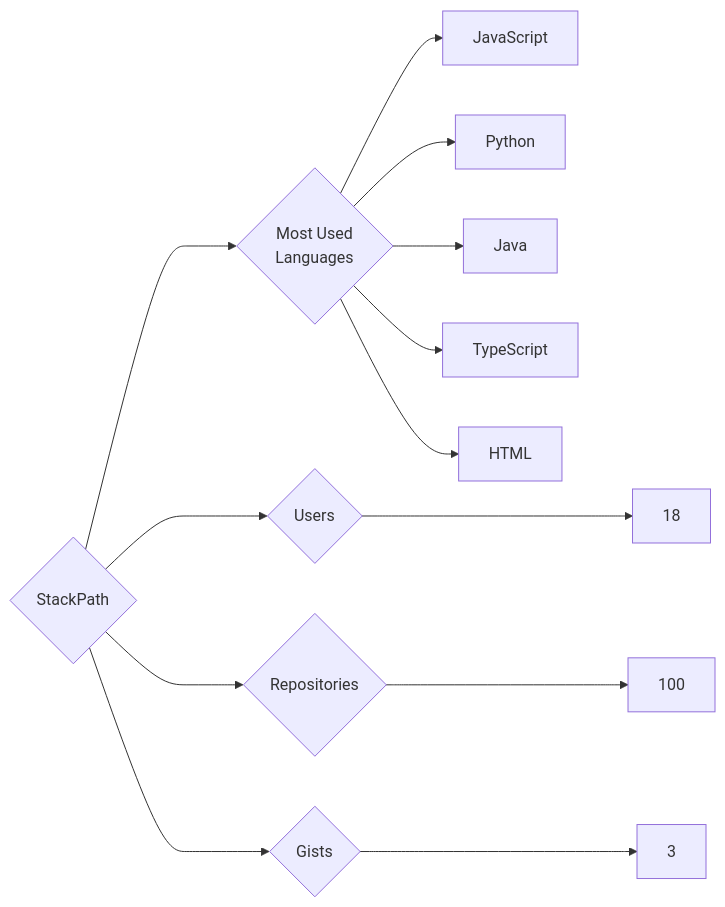
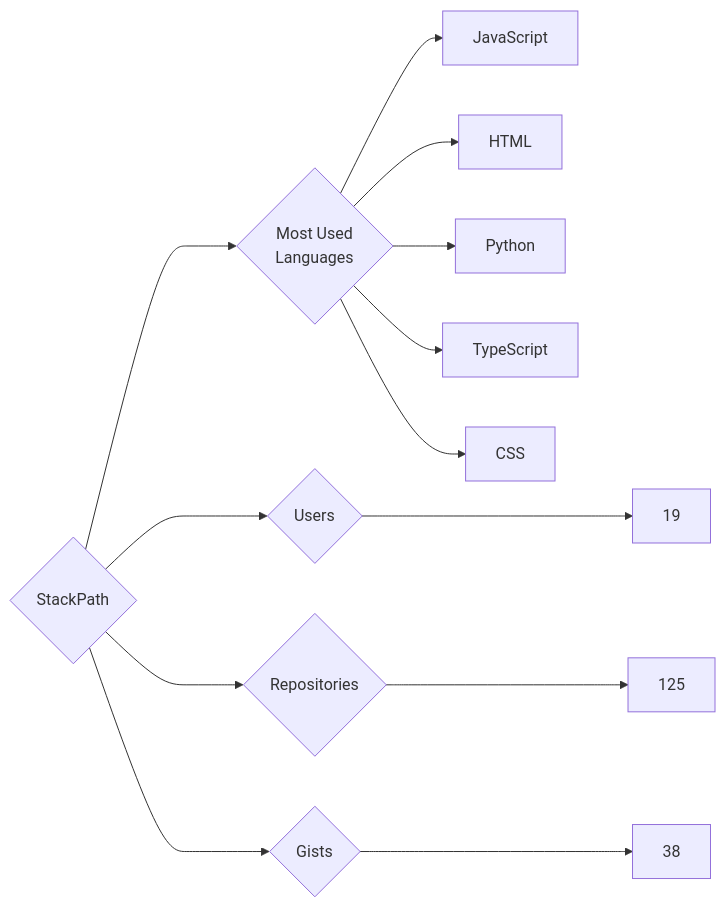
The diagram in targets/StackPath/README.md (trickest/insiders), drawn with Mermaid before and after one commit. The commit also changed 903 other files, not shown here.

````diff
--- a/targets/StackPath/README.md
+++ b/targets/StackPath/README.md
@@ -3,13 +3,13 @@
 ```mermaid
 graph LR
 COMPANY_NAME{StackPath}
-COMPANY_NAME ---> U{Users} ---> UN[18]
-COMPANY_NAME ---> R{Repositories} ---> RN[100]
-COMPANY_NAME ---> G{Gists} ---> GN[3]
+COMPANY_NAME ---> U{Users} ---> UN[19]
+COMPANY_NAME ---> R{Repositories} ---> RN[125]
+COMPANY_NAME ---> G{Gists} ---> GN[38]
 COMPANY_NAME ---> ML{Most Used<br>Languages}
 ML --> JavaScript[JavaScript]
+ML --> HTML[HTML]
 ML --> Python[Python]
-ML --> Java[Java]
 ML --> TypeScript[TypeScript]
-ML --> HTML[HTML]
+ML --> CSS[CSS]
 ```
````
